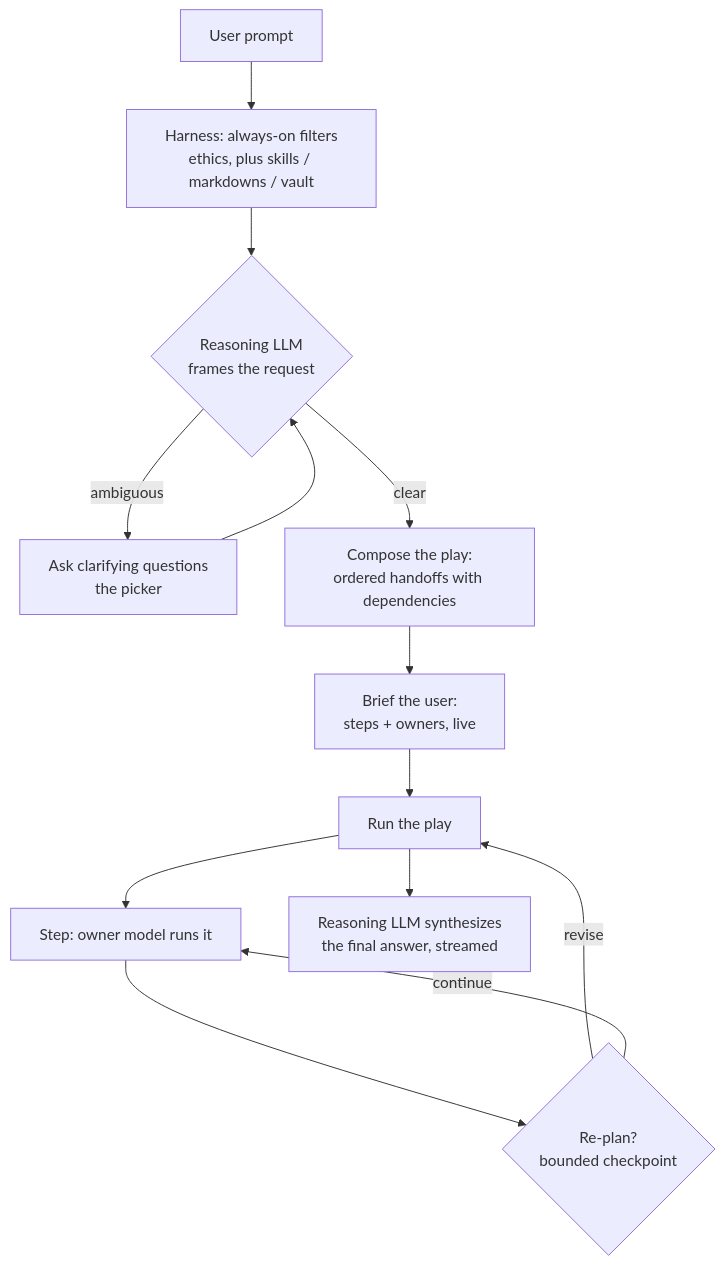
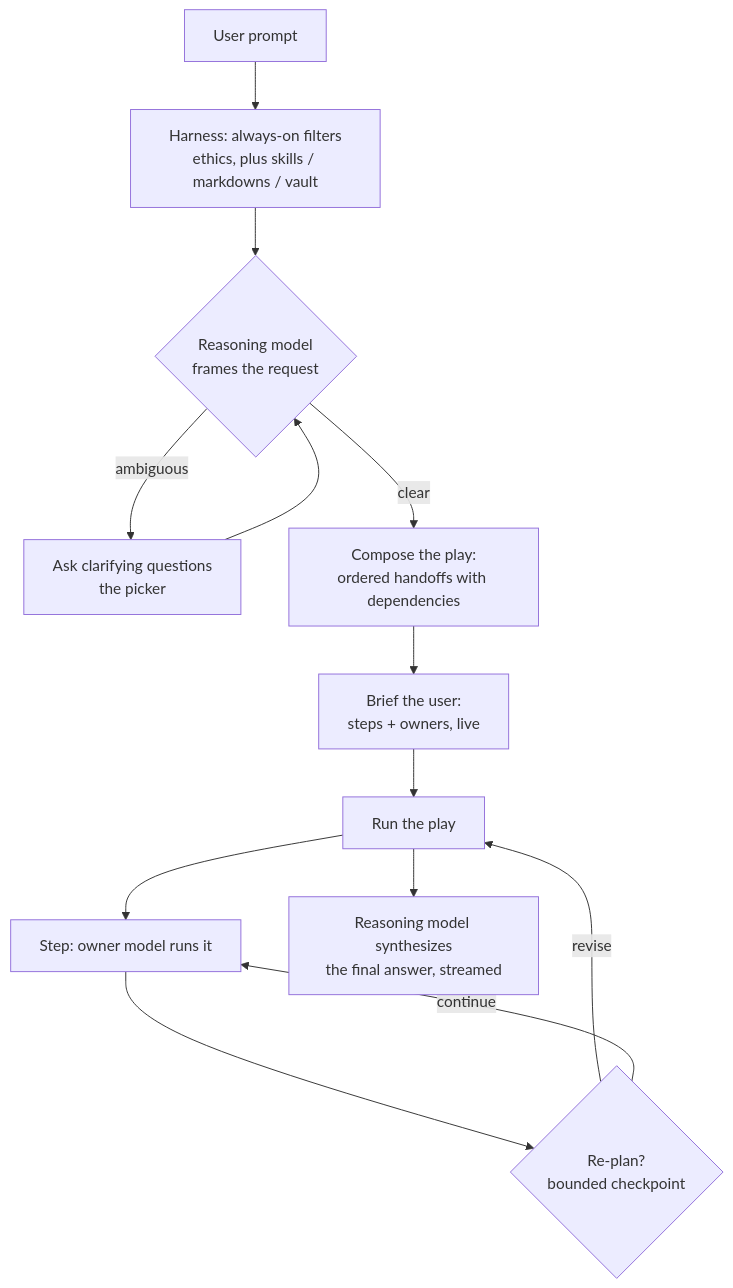
The diagram in docs/workflow.md (openshore-labs/openshore.code.ai), drawn with Mermaid before and after one commit. The commit also changed other lines of this file and 54 other files, not shown here.

````diff
--- a/docs/workflow.md
+++ b/docs/workflow.md
@@ -10,15 +10,15 @@
 ```mermaid
 flowchart TD
   P[User prompt] --> H[Harness: always-on filters<br/>ethics, plus skills / markdowns / vault]
-  H --> F{Reasoning LLM<br/>frames the request}
+  H --> F{Reasoning model<br/>frames the request}
   F -- ambiguous --> Q[Ask clarifying questions<br/>the picker]
   Q --> F
   F -- clear --> PLAY[Compose the play:<br/>ordered handoffs with dependencies]
   PLAY --> B[Brief the user:<br/>steps + owners, live]
   B --> RUN[Run the play]
   RUN --> S1[Step: owner model runs it]
   S1 --> RP{Re-plan?<br/>bounded checkpoint}
   RP -- revise --> RUN
   RP -- continue --> S1
-  RUN --> SYN[Reasoning LLM synthesizes<br/>the final answer, streamed]
+  RUN --> SYN[Reasoning model synthesizes<br/>the final answer, streamed]
 ```
````
